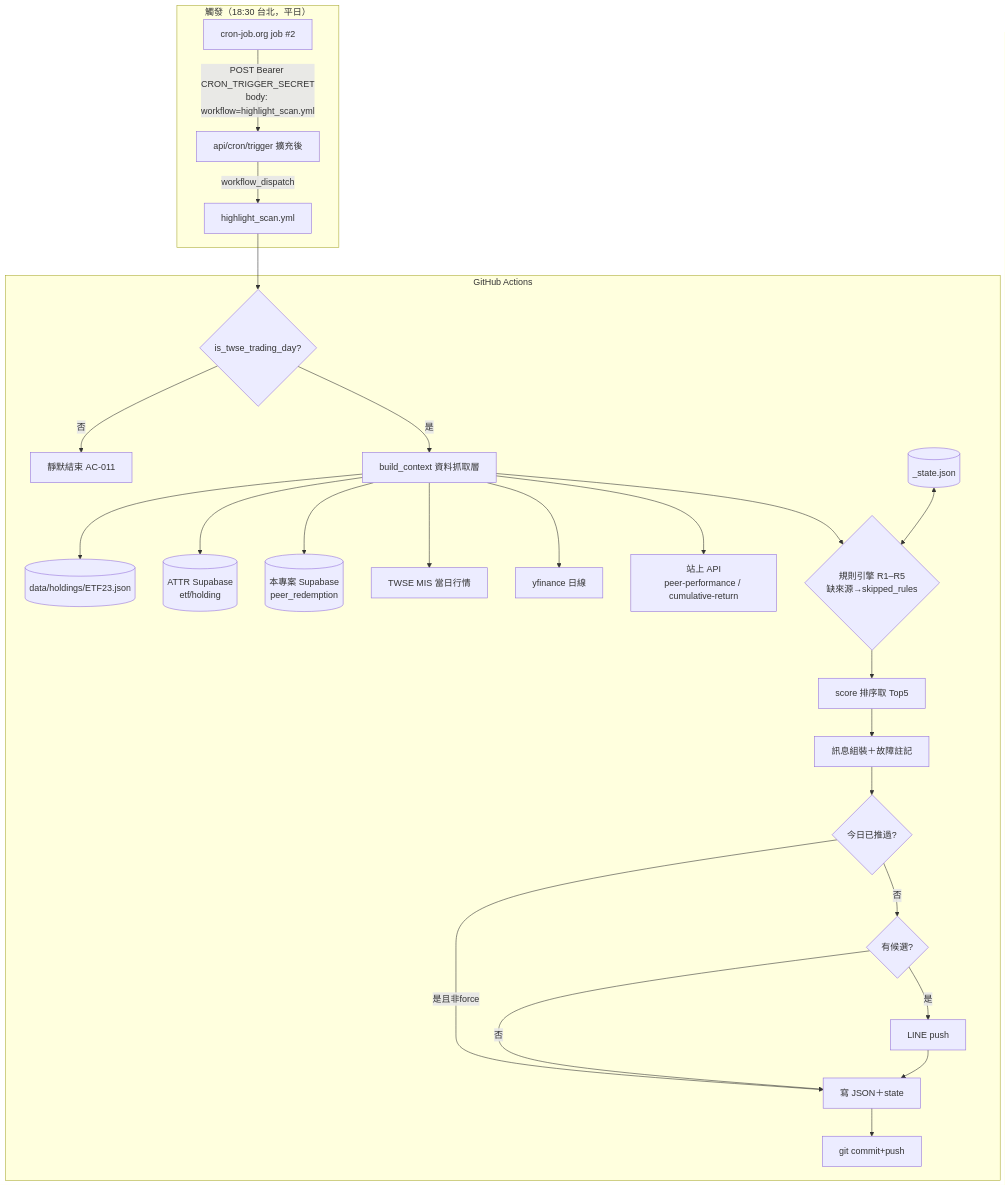
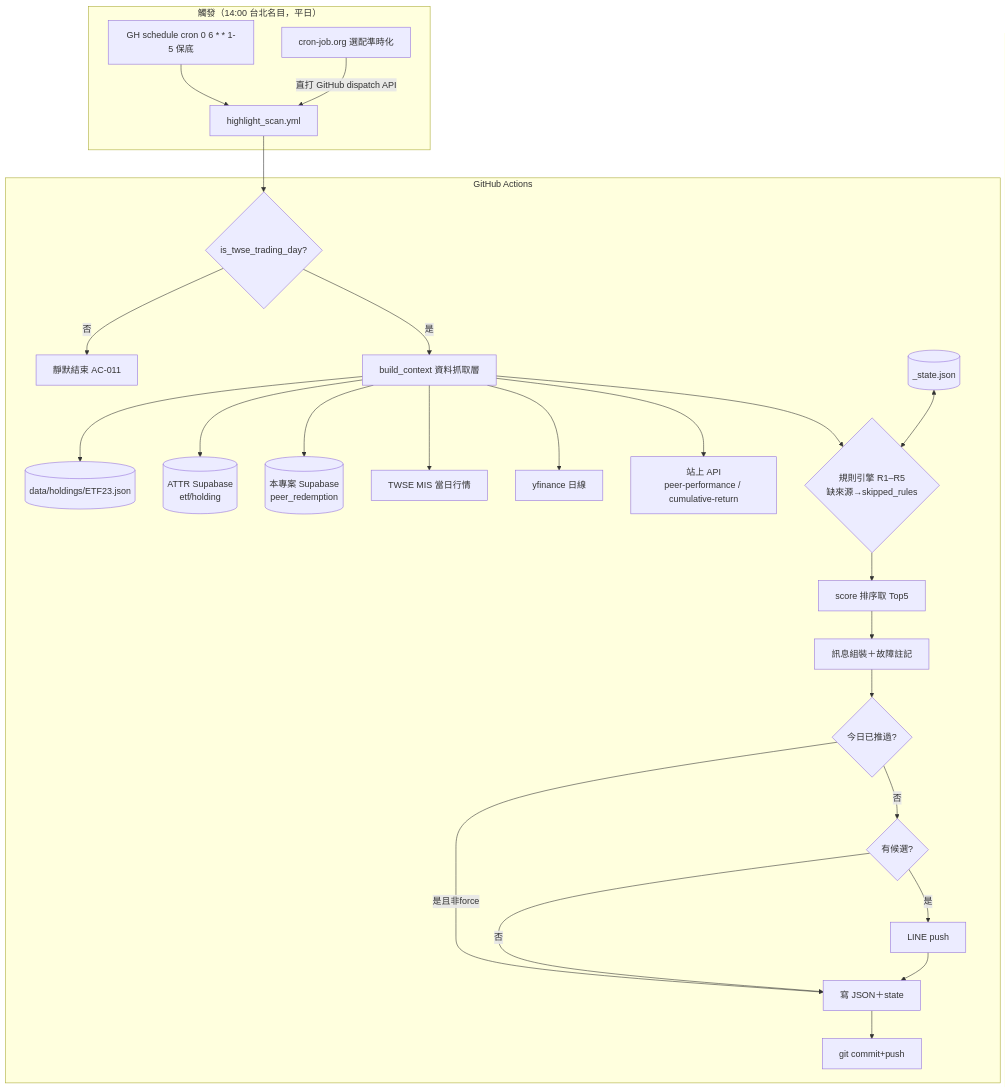
The diagram in docs/03-features/001-daily-highlight-engine/design.md (wky312/FHactiveETFs), drawn with Mermaid before and after one commit. The commit also changed other lines of this file and 6 other files, not shown here.

````diff
--- a/docs/03-features/001-daily-highlight-engine/design.md
+++ b/docs/03-features/001-daily-highlight-engine/design.md
@@ -47,28 +47,28 @@
 ```mermaid
 flowchart TB
-    subgraph Trigger["觸發（18:30 台北，平日）"]
-        CJ[cron-job.org job #2] -->|POST Bearer CRON_TRIGGER_SECRET<br/>body: workflow=highlight_scan.yml| TR[api/cron/trigger 擴充後]
-        TR -->|workflow_dispatch| WF[highlight_scan.yml]
+    subgraph Trigger["觸發（14:00 台北名目，平日）"]
+        SCH[GH schedule cron 0 6 * * 1-5 保底] --> WF[highlight_scan.yml]
+        CJ[cron-job.org 選配準時化] -->|直打 GitHub dispatch API| WF
     end
     subgraph Job["GitHub Actions"]
         WF --> G0{is_twse_trading_day?}
         G0 -- 否 --> STOP[靜默結束 AC-011]
         G0 -- 是 --> CTX[build_context 資料抓取層]
         CTX --> S1[(data/holdings/ETF23.json)]
         CTX --> S2[(ATTR Supabase<br/>etf/holding)]
         CTX --> S3[(本專案 Supabase<br/>peer_redemption)]
         CTX --> S4[TWSE MIS 當日行情]
         CTX --> S5[yfinance 日線]
         CTX --> S6[站上 API<br/>peer-performance / cumulative-return]
         CTX --> RULES{規則引擎 R1–R5<br/>缺來源→skipped_rules}
         STATE[(_state.json)] <--> RULES
         RULES --> RANK[score 排序取 Top5]
         RANK --> MSG[訊息組裝＋故障註記]
         MSG --> IDEM{今日已推過?}
         IDEM -- 是且非force --> ARCH
         IDEM -- 否 --> HAS{有候選?}
         HAS -- 否 --> ARCH[寫 JSON＋state]
         HAS -- 是 --> LINE[LINE push] --> ARCH
         ARCH --> COMMIT[git commit+push]
     end
 ```
````
